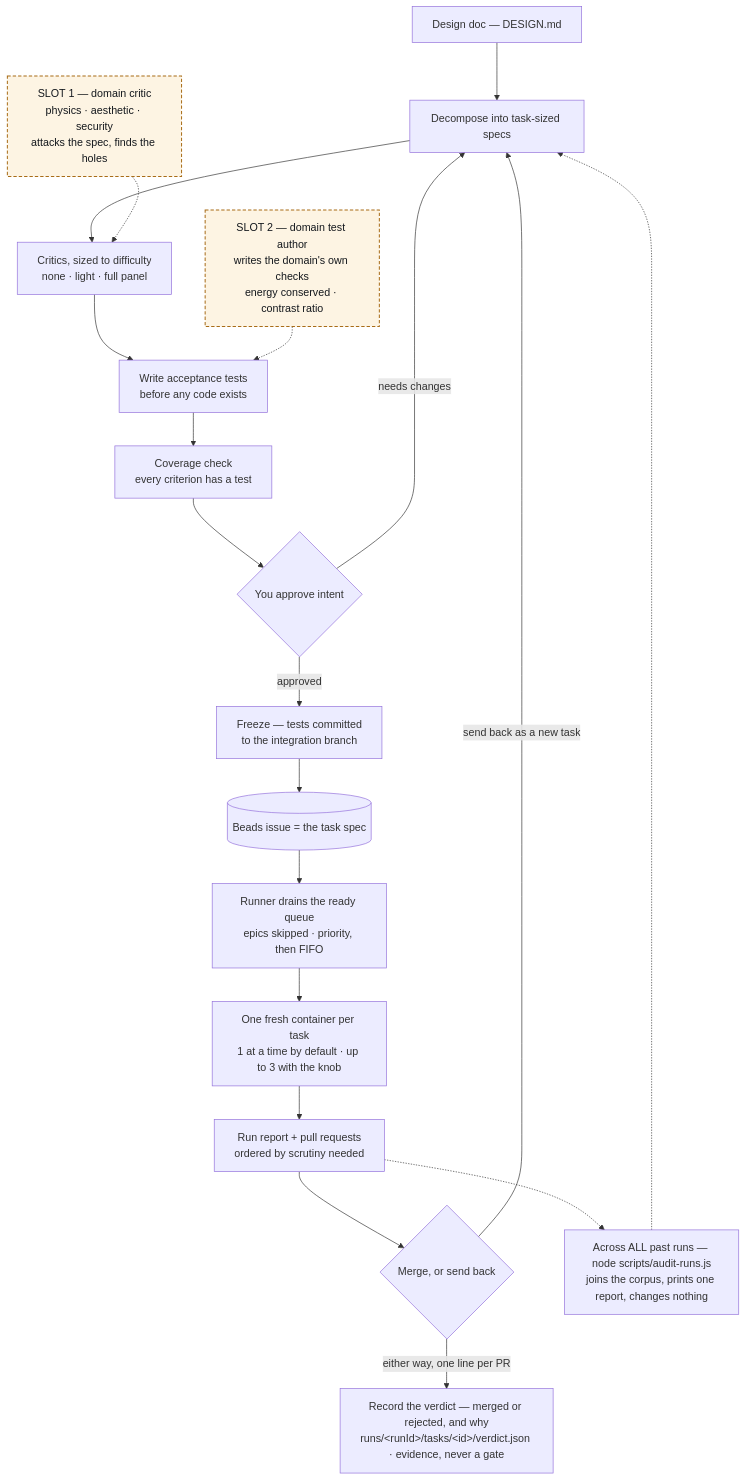
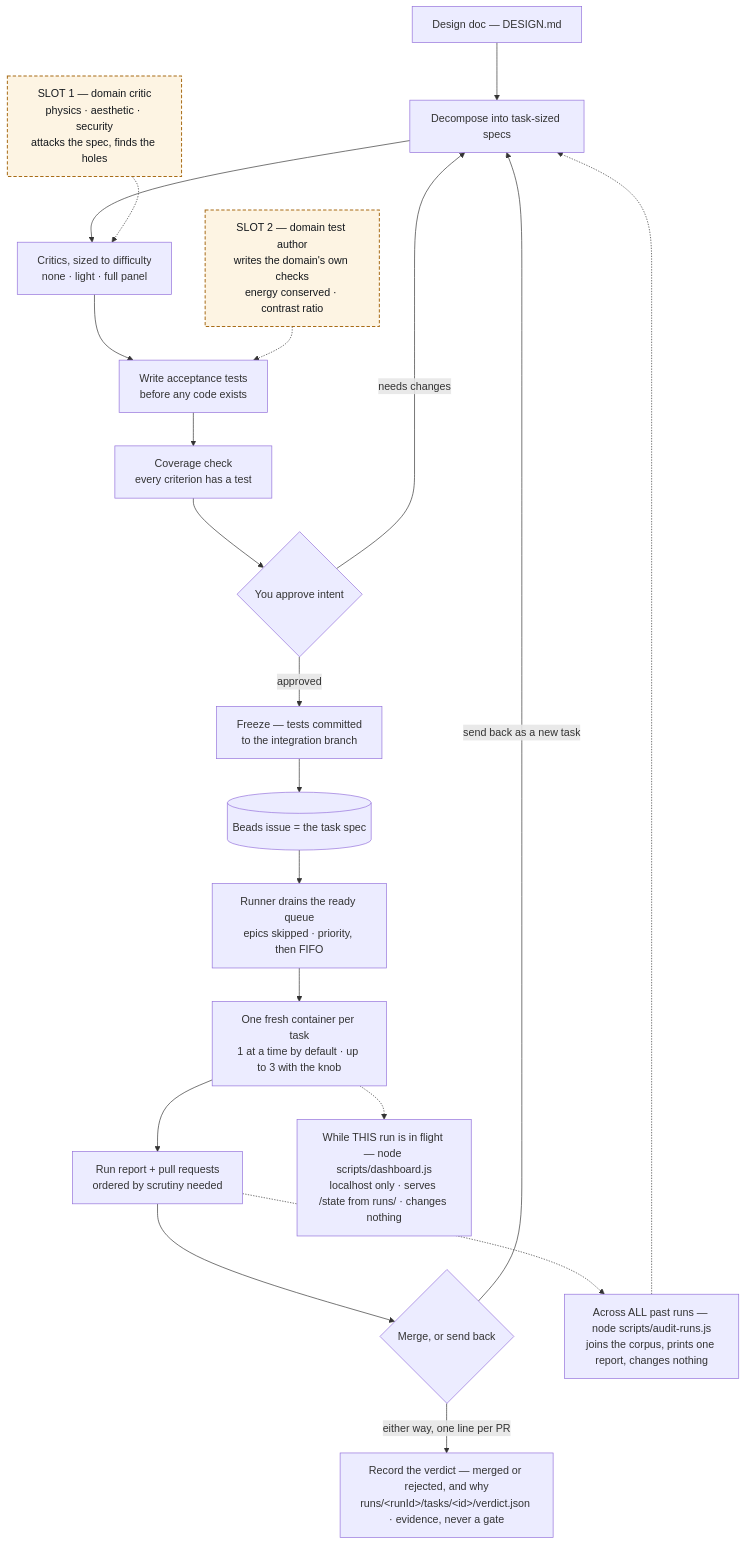
Before and after one commit to Chadleewalker/Multi-AgentPipelines: the first of 5 diagrams in docs/pipeline-diagram.md, drawn with Mermaid. The commit also changed other lines of this file and 8 other files, not shown here.

````diff
--- a/docs/pipeline-diagram.md
+++ b/docs/pipeline-diagram.md
@@ -14,24 +14,25 @@
 ```mermaid
 flowchart TB
   A["Design doc — DESIGN.md"] --> B["Decompose into task-sized specs"]
   B --> C["Critics, sized to difficulty<br/>none · light · full panel"]
   SP1["SLOT 1 — domain critic<br/>physics · aesthetic · security<br/>attacks the spec, finds the holes"] -.-> C
   C --> D["Write acceptance tests<br/>before any code exists"]
   SP2["SLOT 2 — domain test author<br/>writes the domain's own checks<br/>energy conserved · contrast ratio"] -.-> D
   D --> E["Coverage check<br/>every criterion has a test"]
   E --> F{"You approve intent"}
   F -->|"needs changes"| B
   F -->|"approved"| G["Freeze — tests committed<br/>to the integration branch"]
   G --> H[("Beads issue = the task spec")]
   H --> I["Runner drains the ready queue<br/>epics skipped · priority, then FIFO"]
   I --> J["One fresh container per task<br/>1 at a time by default · up to 3 with the knob"]
   J --> K["Run report + pull requests<br/>ordered by scrutiny needed"]
   K --> L{"Merge, or send back"}
   L -->|"send back as a new task"| B
   L -->|"either way, one line per PR"| VD["Record the verdict — merged or rejected, and why<br/>runs/&lt;runId&gt;/tasks/&lt;id&gt;/verdict.json · evidence, never a gate"]
   K -.-> AUD["Across ALL past runs — node scripts/audit-runs.js<br/>joins the corpus, prints one report, changes nothing"]
   AUD -.-> B
+  J -.-> DASH["While THIS run is in flight — node scripts/dashboard.js<br/>localhost only · serves /state from runs/ · changes nothing"]
 
   classDef specialist fill:#fdf4e3,stroke:#a86c17,stroke-width:1.5px,stroke-dasharray:5 3,color:#14181d
   class SP1,SP2 specialist
 ```
````
